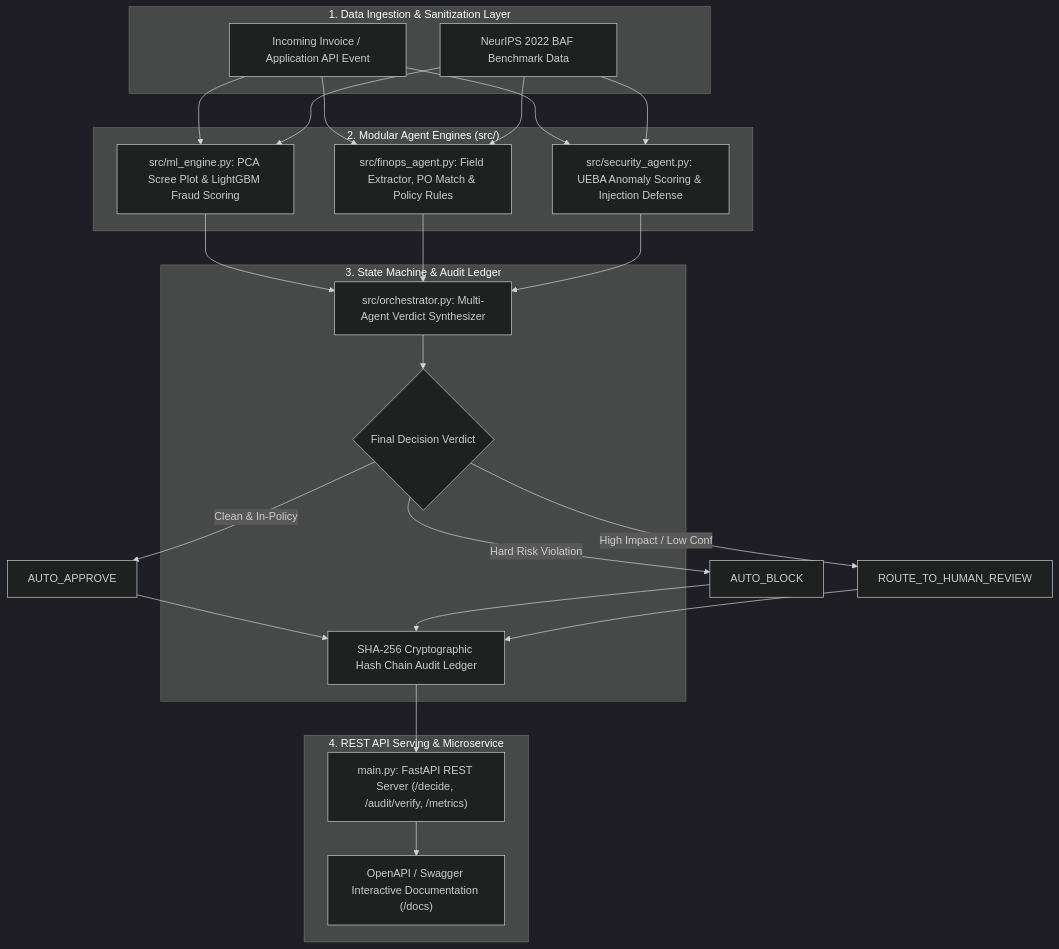
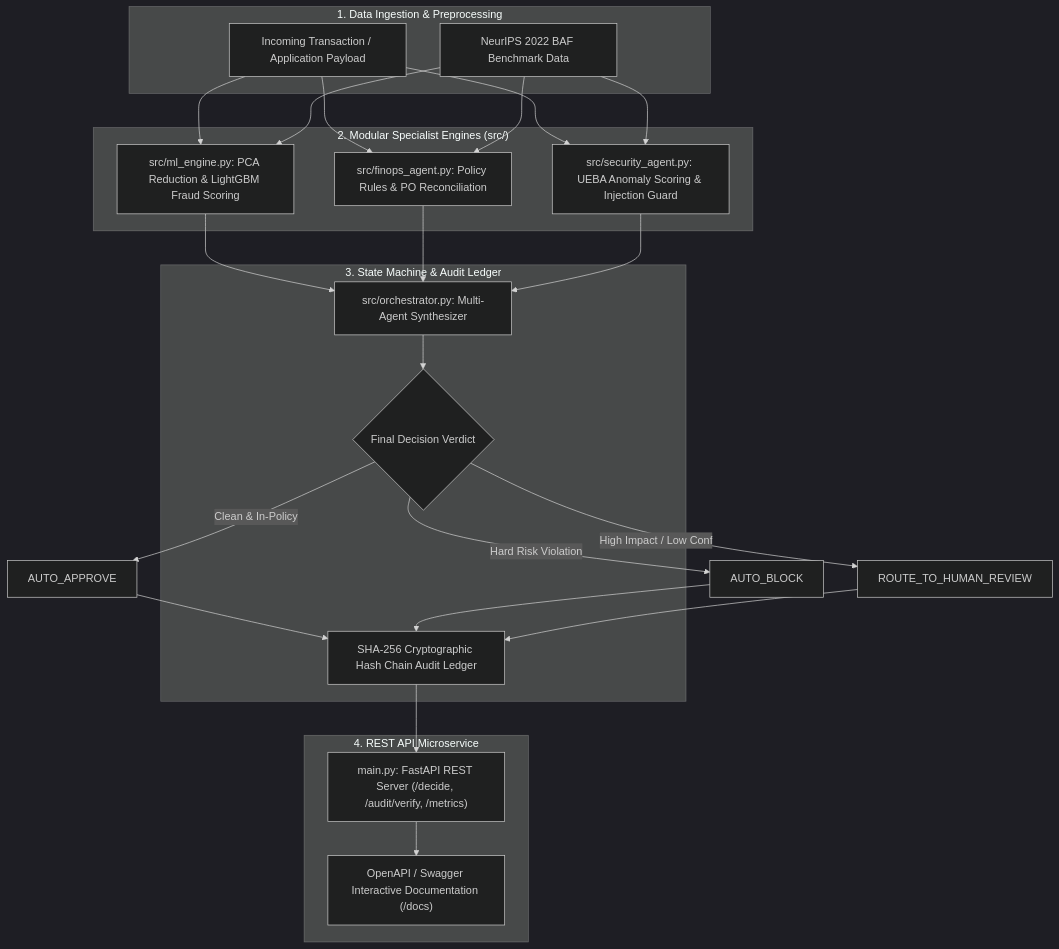
The diagram in README.md (PriyankaHichkad/FinOps-Security-Agent), drawn with Mermaid (dark theme) before and after one commit. The commit also changed other lines of this file and 2 other files, not shown here.

````diff
--- a/README.md
+++ b/README.md
@@ -17,33 +11,33 @@
 ```mermaid
 flowchart TD
-    subgraph Ingestion ["1. Data Ingestion & Sanitization Layer"]
-        InputEvent["Incoming Invoice / Application API Event"]
+    subgraph Ingestion ["1. Data Ingestion & Preprocessing"]
+        InputEvent["Incoming Transaction / Application Payload"]
         BAFData["NeurIPS 2022 BAF Benchmark Data"]
     end
 
-    subgraph CoreEngine ["2. Modular Agent Engines (src/)"]
-        PCAReduction["src/ml_engine.py: PCA Scree Plot & LightGBM Fraud Scoring"]
-        FinOpsPolicy["src/finops_agent.py: Field Extractor, PO Match & Policy Rules"]
-        SecOpsAnomaly["src/security_agent.py: UEBA Anomaly Scoring & Injection Defense"]
+    subgraph CoreEngine ["2. Modular Specialist Engines (src/)"]
+        PCAReduction["src/ml_engine.py: PCA Reduction & LightGBM Fraud Scoring"]
+        FinOpsPolicy["src/finops_agent.py: Policy Rules & PO Reconciliation"]
+        SecOpsAnomaly["src/security_agent.py: UEBA Anomaly Scoring & Injection Guard"]
     end
 
     subgraph OrchestratorLayer ["3. State Machine & Audit Ledger"]
-        Orchestrator["src/orchestrator.py: Multi-Agent Verdict Synthesizer"]
+        Orchestrator["src/orchestrator.py: Multi-Agent Synthesizer"]
         FinalVerdict{"Final Decision Verdict"}
         HashChain["SHA-256 Cryptographic Hash Chain Audit Ledger"]
     end
 
-    subgraph ServingLayer ["4. REST API Serving & Microservice"]
+    subgraph ServingLayer ["4. REST API Microservice"]
         FastAPI["main.py: FastAPI REST Server (/decide, /audit/verify, /metrics)"]
         SwaggerDocs["OpenAPI / Swagger Interactive Documentation (/docs)"]
     end
 
     InputEvent & BAFData --> PCAReduction & FinOpsPolicy & SecOpsAnomaly
     PCAReduction & FinOpsPolicy & SecOpsAnomaly --> Orchestrator --> FinalVerdict
 
     FinalVerdict -->|Clean & In-Policy| AutoApprove["AUTO_APPROVE"]
     FinalVerdict -->|Hard Risk Violation| AutoBlock["AUTO_BLOCK"]
     FinalVerdict -->|High Impact / Low Conf| HumanQueue["ROUTE_TO_HUMAN_REVIEW"]
 
     AutoApprove & AutoBlock & HumanQueue --> HashChain --> FastAPI --> SwaggerDocs
 ```
````
